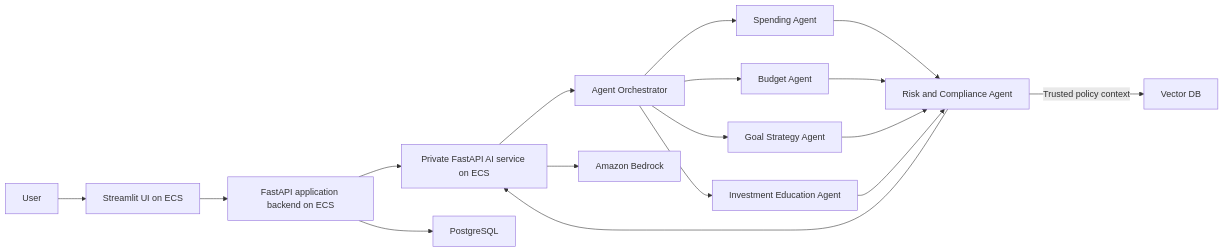
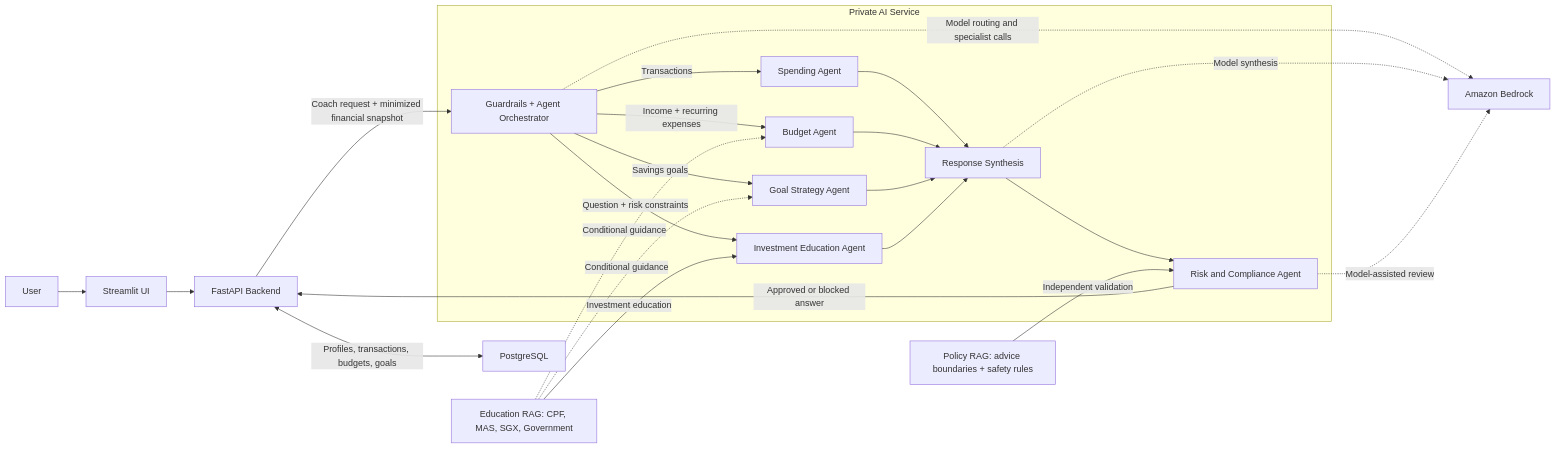
Before and after one commit to Seanleng99/nus-iss-ais-team9: the first of 2 diagrams in docs/architecture.md, drawn with Mermaid. The commit also changed other lines of this file, not shown here.

Commit message:
docs: update logical and physical architecture

````diff
--- a/docs/architecture.md
+++ b/docs/architecture.md
@@ -5,19 +5,37 @@
 ```mermaid
 flowchart LR
-  User["User"] --> UI["Streamlit UI on ECS"]
-  UI --> Backend["FastAPI application backend on ECS"]
-  Backend --> API["Private FastAPI AI service on ECS"]
-  API --> Orchestrator["Agent Orchestrator"]
-  Orchestrator --> Spending["Spending Agent"]
-  Orchestrator --> Budget["Budget Agent"]
-  Orchestrator --> Goal["Goal Strategy Agent"]
-  Orchestrator --> Invest["Investment Education Agent"]
-  Spending --> Compliance["Risk and Compliance Agent"]
-  Budget --> Compliance
-  Goal --> Compliance
-  Invest --> Compliance
-  Compliance --> API
-  Compliance -->|"Trusted policy context"| RAG["Vector DB"]
-  Backend --> DB["PostgreSQL"]
-  API --> Bedrock["Amazon Bedrock"]
+  User["User"] --> UI["Streamlit UI"]
+  UI --> Backend["FastAPI Backend"]
+  Backend <-->|"Profiles, transactions, budgets, goals"| PG["PostgreSQL"]
+
+  subgraph AI["Private AI Service"]
+    Orchestrator["Guardrails + Agent Orchestrator"]
+    Spending["Spending Agent"]
+    Budget["Budget Agent"]
+    Goal["Goal Strategy Agent"]
+    Invest["Investment Education Agent"]
+    Synthesis["Response Synthesis"]
+    Compliance["Risk and Compliance Agent"]
+
+    Orchestrator -->|"Transactions"| Spending
+    Orchestrator -->|"Income + recurring expenses"| Budget
+    Orchestrator -->|"Savings goals"| Goal
+    Orchestrator -->|"Question + risk constraints"| Invest
+    Spending --> Synthesis
+    Budget --> Synthesis
+    Goal --> Synthesis
+    Invest --> Synthesis
+    Synthesis --> Compliance
+  end
+
+  Backend -->|"Coach request + minimized financial snapshot"| Orchestrator
+  EducationRAG["Education RAG: CPF, MAS, SGX, Government"] -->|"Investment education"| Invest
+  EducationRAG -. "Conditional guidance" .-> Budget
+  EducationRAG -. "Conditional guidance" .-> Goal
+  PolicyRAG["Policy RAG: advice boundaries + safety rules"] -->|"Independent validation"| Compliance
+  Compliance -->|"Approved or blocked answer"| Backend
+
+  Orchestrator -. "Model routing and specialist calls" .-> Bedrock["Amazon Bedrock"]
+  Synthesis -. "Model synthesis" .-> Bedrock
+  Compliance -. "Model-assisted review" .-> Bedrock
 ```
````
